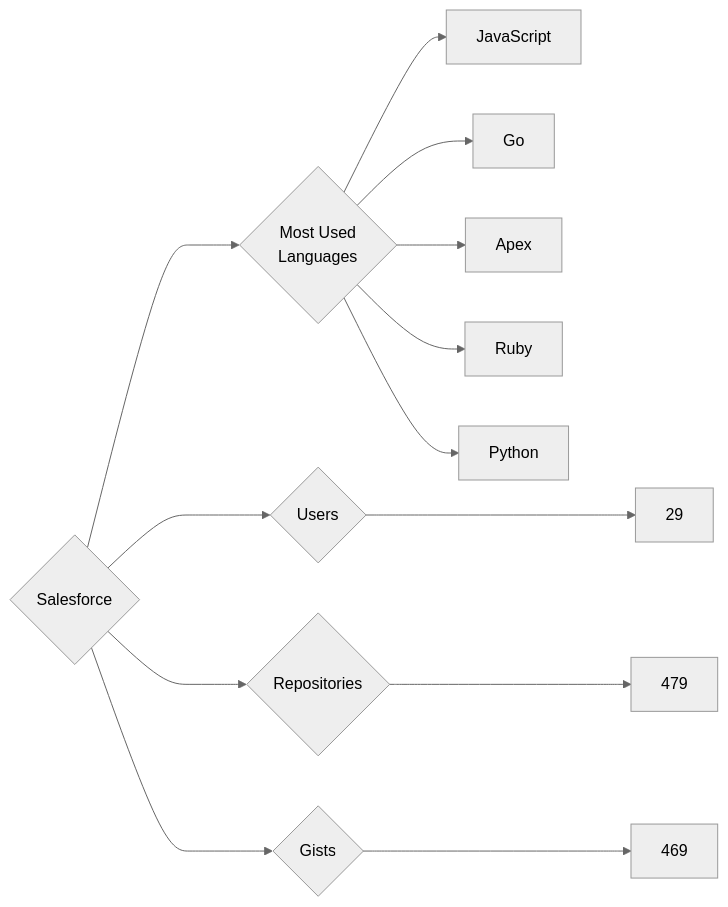
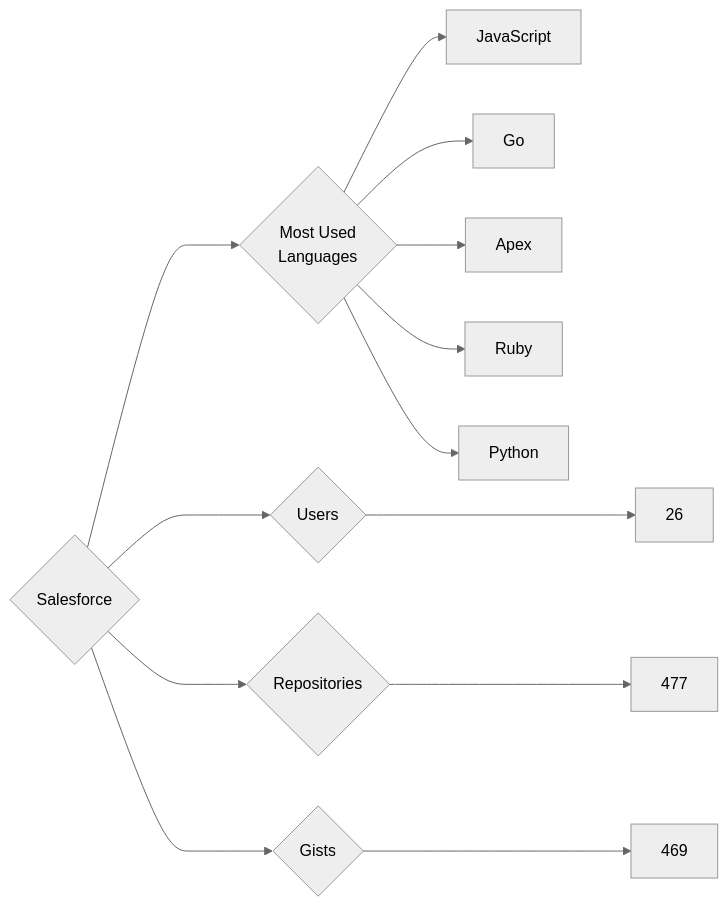
The diagram in targets/Salesforce/README.md (trickest/insiders), drawn with Mermaid (neutral theme) before and after one commit. The commit also changed 839 other files, not shown here.

````diff
--- a/targets/Salesforce/README.md
+++ b/targets/Salesforce/README.md
@@ -3,13 +3,13 @@
 ```mermaid
 graph LR
 COMPANY_NAME{Salesforce}
-COMPANY_NAME ---> U{Users} ---> UN[29]
-COMPANY_NAME ---> R{Repositories} ---> RN[479]
+COMPANY_NAME ---> U{Users} ---> UN[26]
+COMPANY_NAME ---> R{Repositories} ---> RN[477]
 COMPANY_NAME ---> G{Gists} ---> GN[469]
 COMPANY_NAME ---> ML{Most Used<br>Languages}
 ML --> JavaScript[JavaScript]
 ML --> Go[Go]
 ML --> Apex[Apex]
 ML --> Ruby[Ruby]
 ML --> Python[Python]
 ```
````
